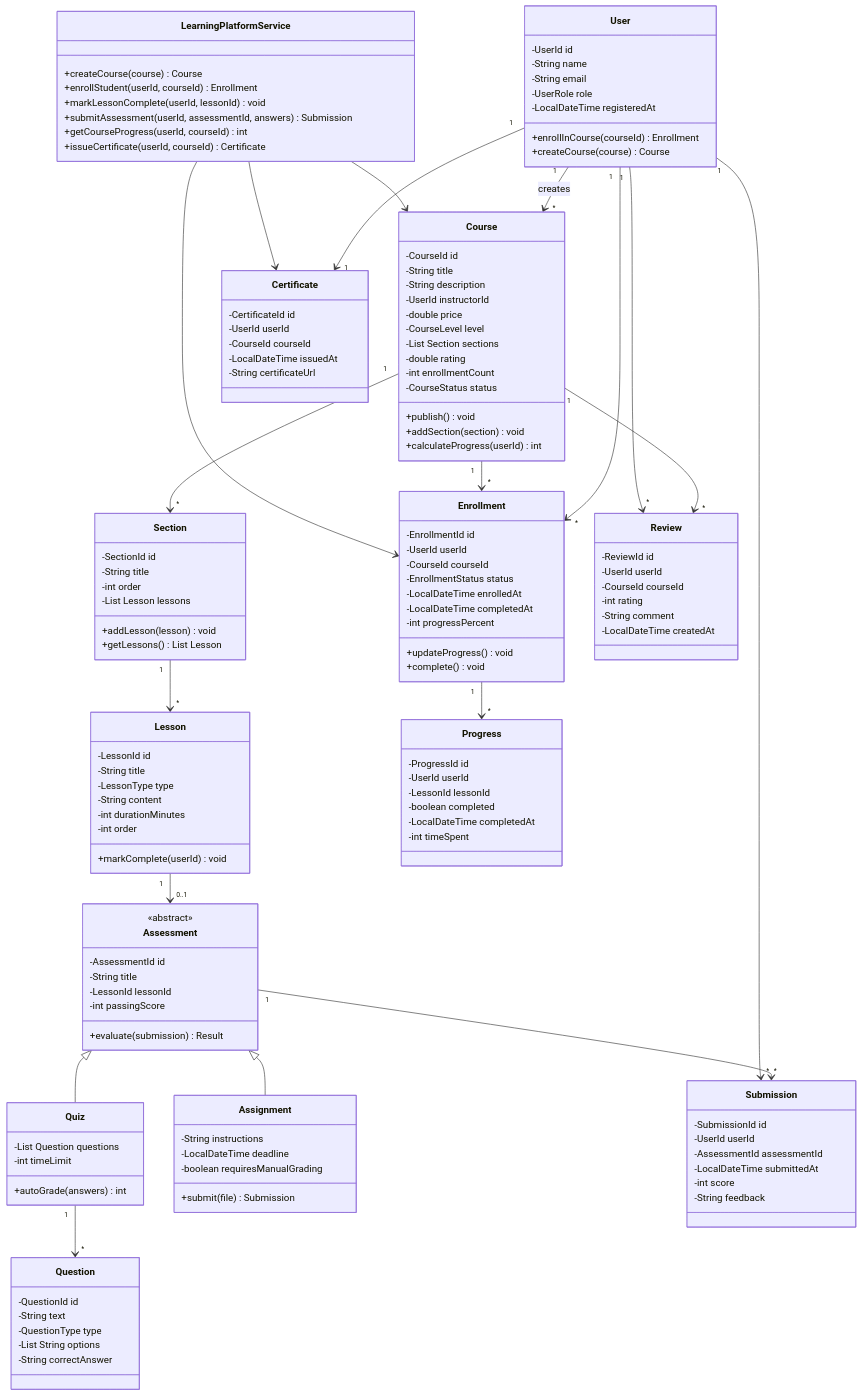
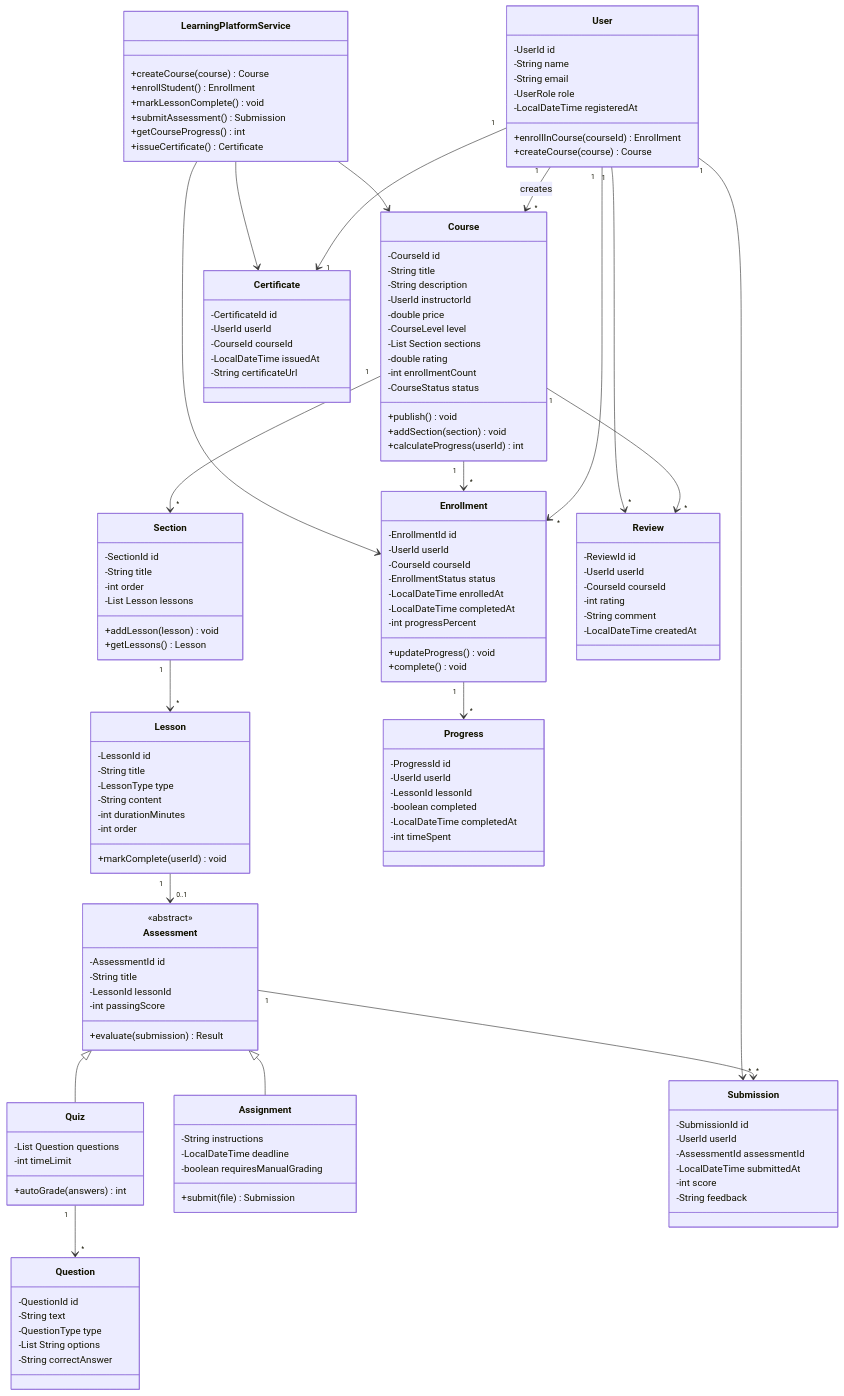
The diagram in docs/problems/learningplatform/README.md (dlkr18/lld-playbook), drawn with Mermaid before and after one commit. The commit also changed 29 other files, not shown here.

First line of the commit message:
Fix Mermaid rendering: downgrade to v9, aggressive classDiagram sanitization.

```diff
--- a/docs/problems/learningplatform/README.md
+++ b/docs/problems/learningplatform/README.md
@@ -99,7 +99,7 @@
         -int order
         -List Lesson lessons
         +addLesson(lesson) void
-        +getLessons() List Lesson
+        +getLessons() Lesson
     }
 
     class Lesson {
@@ -191,11 +191,11 @@
 
     class LearningPlatformService {
         +createCourse(course) Course
-        +enrollStudent(userId, courseId) Enrollment
-        +markLessonComplete(userId, lessonId) void
-        +submitAssessment(userId, assessmentId, answers) Submission
-        +getCourseProgress(userId, courseId) int
-        +issueCertificate(userId, courseId) Certificate
+        +enrollStudent() Enrollment
+        +markLessonComplete() void
+        +submitAssessment() Submission
+        +getCourseProgress() int
+        +issueCertificate() Certificate
     }
 
     User "1" --> "*" Course : creates
```
